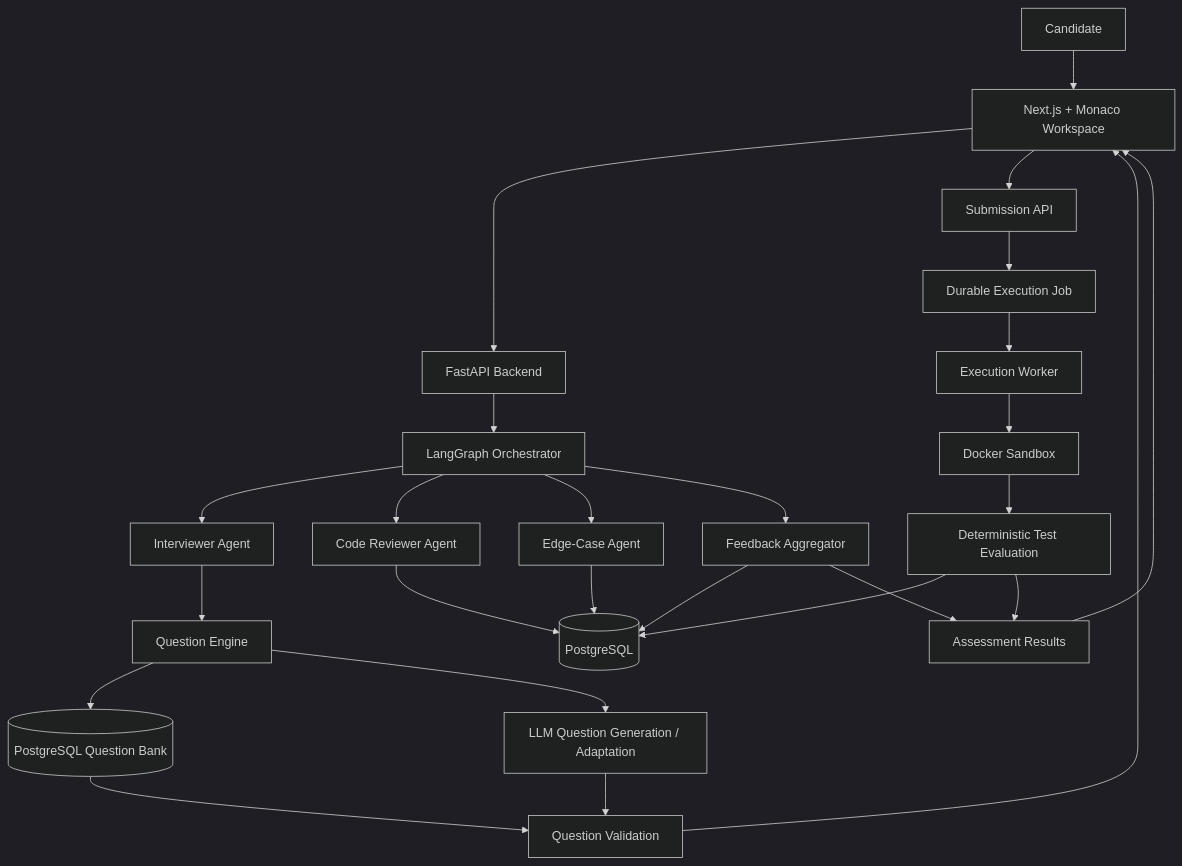
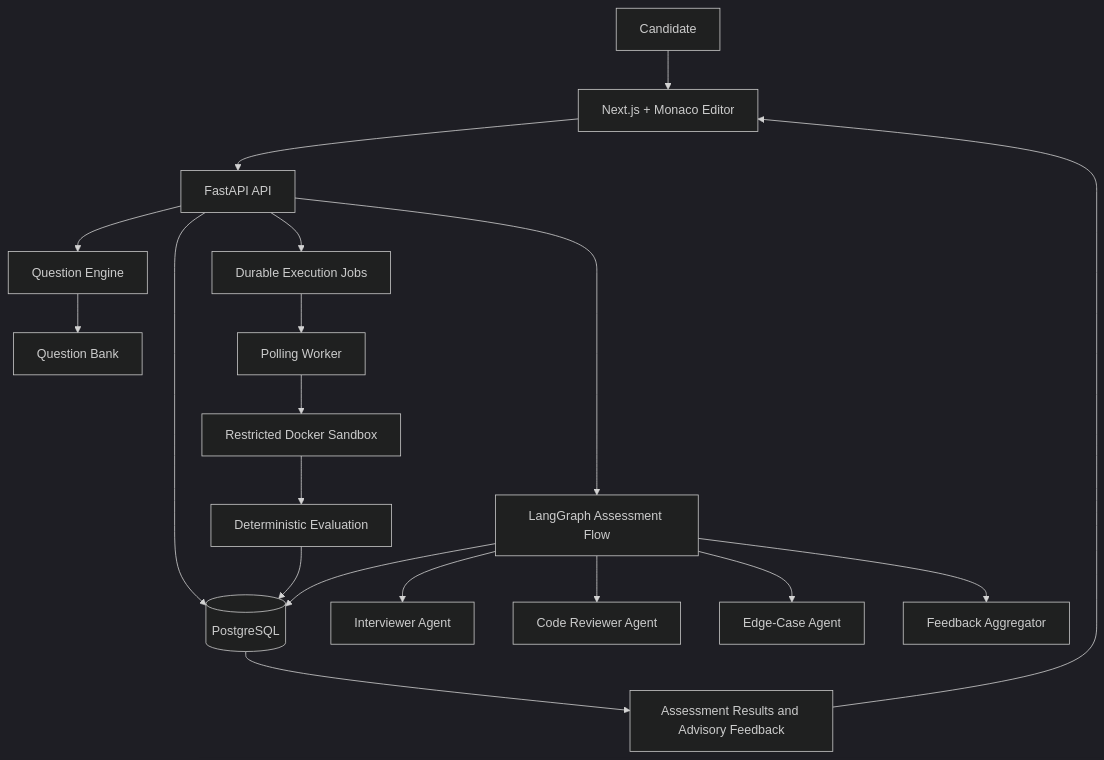
Before and after one commit to AbhishekkASR/MATACSS: the diagram in README.md, drawn with Mermaid (dark theme). The commit also changed other lines of this file and 1 other file, not shown here.

````diff
--- a/README.md
+++ b/README.md
@@ -44,33 +27,21 @@
 ```mermaid
 flowchart TD
-    A[Candidate] --> B[Next.js + Monaco Workspace]
-    B --> C[FastAPI Backend]
-
-    C --> D[LangGraph Orchestrator]
-
-    D --> I[Interviewer Agent]
-    D --> R[Code Reviewer Agent]
-    D --> E[Edge-Case Agent]
-    D --> F[Feedback Aggregator]
-
-    I --> Q[Question Engine]
-    Q --> QB[(PostgreSQL Question Bank)]
-    Q --> LG[LLM Question Generation / Adaptation]
-    QB --> V[Question Validation]
-    LG --> V
-
-    V --> B
-    B --> S[Submission API]
-    S --> J[Durable Execution Job]
-    J --> W[Execution Worker]
-    W --> X[Docker Sandbox]
-    X --> T[Deterministic Test Evaluation]
-
-    T --> DB[(PostgreSQL)]
-    R --> DB
-    E --> DB
-    F --> DB
-    T --> O[Assessment Results]
-    F --> O
-    O --> B
+    Candidate --> Frontend[Next.js + Monaco Editor]
+    Frontend --> API[FastAPI API]
+    API --> DB[(PostgreSQL)]
+    API --> Engine[Question Engine]
+    Engine --> Bank[Question Bank]
+    API --> Jobs[Durable Execution Jobs]
+    Jobs --> Worker[Polling Worker]
+    Worker --> Sandbox[Restricted Docker Sandbox]
+    Sandbox --> Evaluation[Deterministic Evaluation]
+    Evaluation --> DB
+    API --> Graph[LangGraph Assessment Flow]
+    Graph --> Interviewer[Interviewer Agent]
+    Graph --> Reviewer[Code Reviewer Agent]
+    Graph --> Edge[Edge-Case Agent]
+    Graph --> Feedback[Feedback Aggregator]
+    Graph --> DB
+    DB --> Results[Assessment Results and Advisory Feedback]
+    Results --> Frontend
 ```
````
